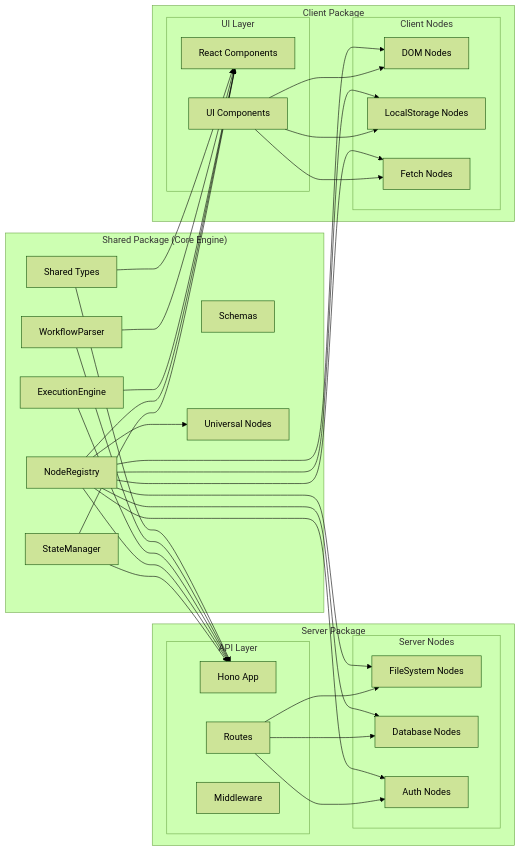
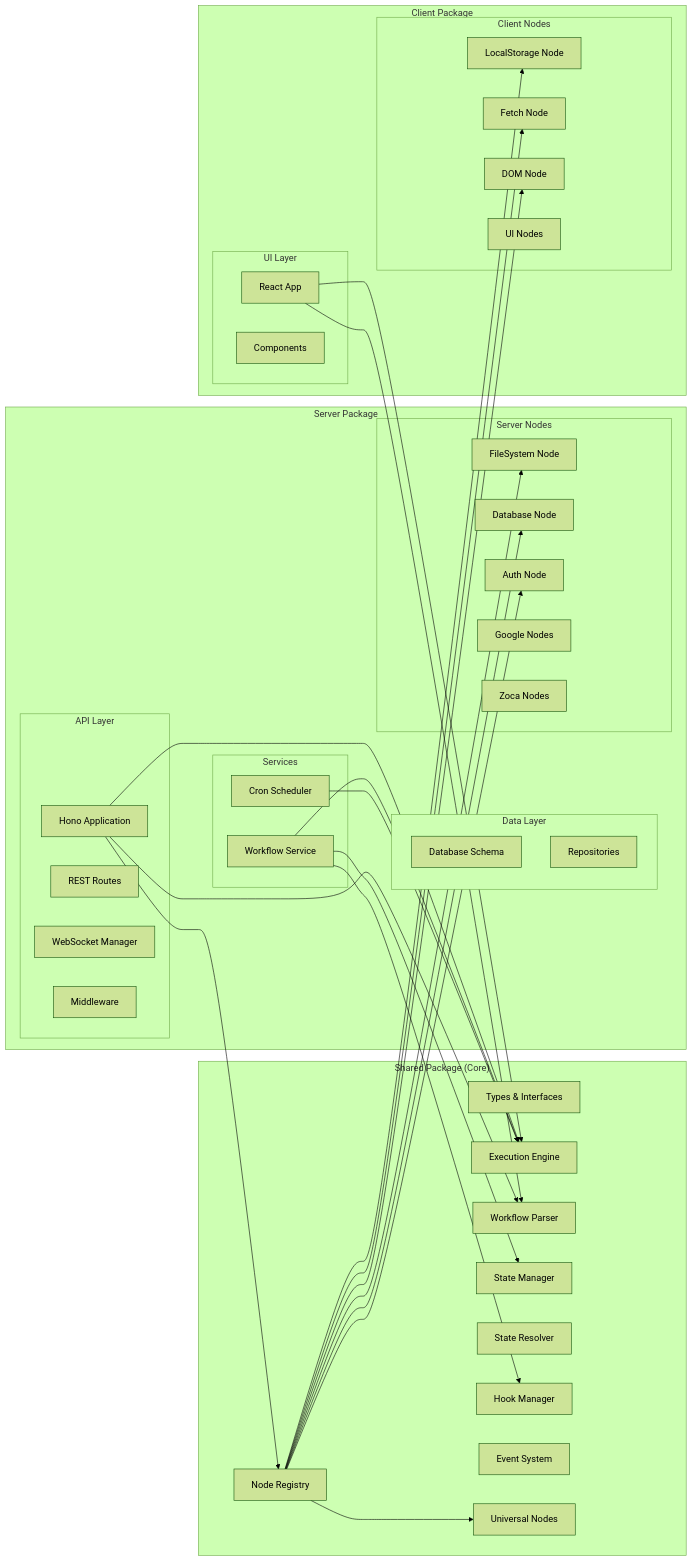
One commit to Narcis13/workscript changed the second of 3 diagrams in .kiro/specs/json-workflow-engine/design.md. Above: the diagram before and after it, drawn with Mermaid (forest theme). The commit also changed other lines of this file and 26 other files, not shown here.

````diff
--- a/.kiro/specs/json-workflow-engine/design.md
+++ b/.kiro/specs/json-workflow-engine/design.md
@@ -117,71 +167,75 @@
 ```mermaid
 graph LR
-    subgraph "Shared Package (Core Engine)"
-        ST[Shared Types]
-        WPC[WorkflowParser]
-        EEC[ExecutionEngine]
-        NRC[NodeRegistry]
-        SMC[StateManager]
-        S[Schemas]
+    subgraph "Shared Package (Core)"
+        ST[Types & Interfaces]
+        EEC[Execution Engine]
+        WPC[Workflow Parser]
+        NRC[Node Registry]
+        SMC[State Manager]
+        SRC[State Resolver]
+        HMC[Hook Manager]
+        ESC[Event System]
         SN[Universal Nodes]
     end
-    
+
     subgraph "Server Package"
         subgraph "API Layer"
-            HA[Hono App]
-            R[Routes]
-            M[Middleware]
+            HA[Hono Application]
+            RT[REST Routes]
+            WSM[WebSocket Manager]
+            MW[Middleware]
         end
-        
+
+        subgraph "Services"
+            WFS[Workflow Service]
+            CS[Cron Scheduler]
+        end
+
+        subgraph "Data Layer"
+            DBL[Database Schema]
+            REPO[Repositories]
+        end
+
         subgraph "Server Nodes"
-            FSN[FileSystem Nodes]
-            DBN[Database Nodes]
-            AN[Auth Nodes]
+            FSN[FileSystem Node]
+            DBN[Database Node]
+            AN[Auth Node]
+            GN[Google Nodes]
+            ZN[Zoca Nodes]
         end
     end
-    
+
     subgraph "Client Package"
         subgraph "UI Layer"
-            RC[React Components]
-            UI[UI Components]
+            APP[React App]
+            COMP[Components]
         end
-        
+
         subgraph "Client Nodes"
-            DN[DOM Nodes]
-            LSN[LocalStorage Nodes]
-            FN[Fetch Nodes]
+            LSN[LocalStorage Node]
+            FN[Fetch Node]
+            DN[DOM Node]
+            UIN[UI Nodes]
         end
     end
-    
-    %% All packages import from shared
-    ST --> HA
-    WPC --> HA
-    EEC --> HA
-    NRC --> HA
-    SMC --> HA
-    
-    ST --> RC
-    WPC --> RC
-    EEC --> RC
-    NRC --> RC
-    SMC --> RC
-    
-    %% Node discovery
+
+    %% Dependencies
+    HA --> EEC
+    HA --> WPC
+    HA --> NRC
+    WFS --> EEC
+    WFS --> SMC
+    WFS --> HMC
+    CS --> EEC
+
+    APP --> EEC
+    APP --> WPC
+
     NRC --> SN
     NRC --> FSN
     NRC --> DBN
     NRC --> AN
-    NRC --> DN
     NRC --> LSN
     NRC --> FN
-    
-    %% API uses server nodes
-    R --> FSN
-    R --> DBN
-    R --> AN
-    
-    %% UI uses client nodes
-    UI --> DN
-    UI --> LSN
-    UI --> FN
+    NRC --> DN
 ```
````
